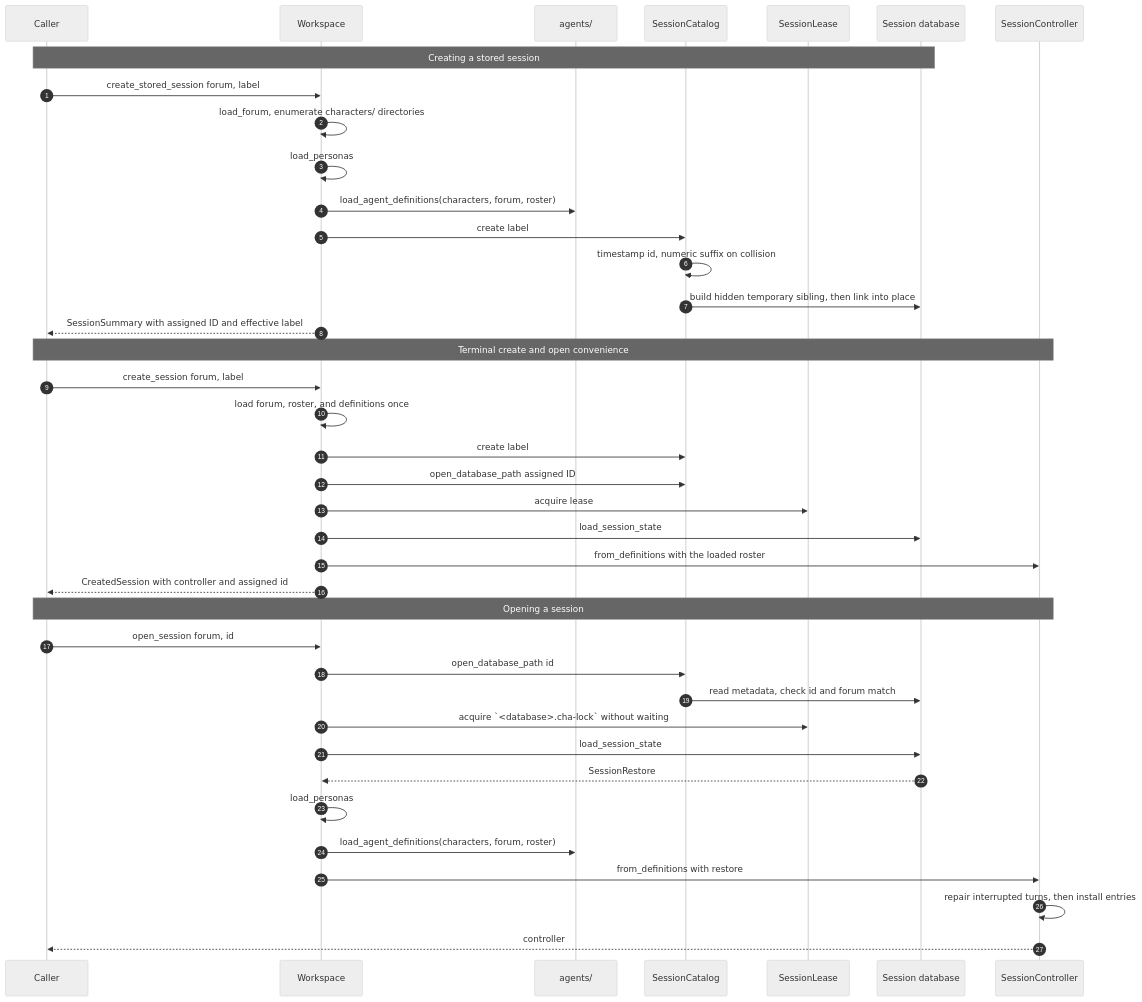
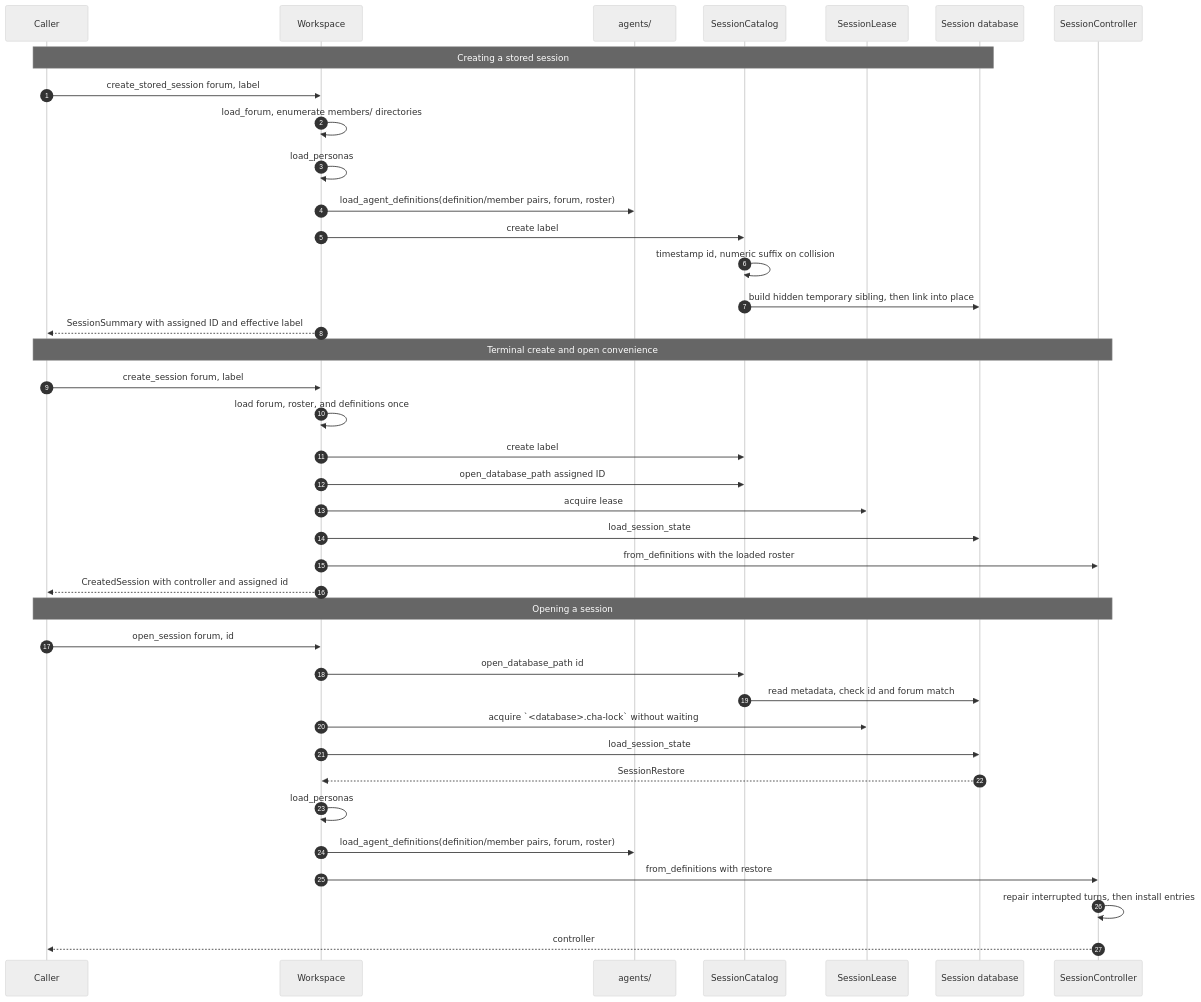
The second of 4 diagrams in src/session/README.md (michaelpopov/cha), drawn with Mermaid (neutral theme) before and after one commit. The commit also changed other lines of this file and 42 other files, not shown here.

First line of the commit message:
Block 2: workspace-level definitions and forum membership

````diff
--- a/src/session/README.md
+++ b/src/session/README.md
@@ -95,44 +96,44 @@
 ```mermaid
 sequenceDiagram
     autonumber
     participant UI as Caller
     participant WS as Workspace
     participant AG as agents/
     participant SC as SessionCatalog
     participant SL as SessionLease
     participant DB as Session database
     participant CC as SessionController
 
     Note over UI,DB: Creating a stored session
     UI->>WS: create_stored_session forum, label
-    WS->>WS: load_forum, enumerate characters/ directories
+    WS->>WS: load_forum, enumerate members/ directories
     WS->>WS: load_personas
-    WS->>AG: load_agent_definitions(characters, forum, roster)
+    WS->>AG: load_agent_definitions(definition/member pairs, forum, roster)
     WS->>SC: create label
     SC->>SC: timestamp id, numeric suffix on collision
     SC->>DB: build hidden temporary sibling, then link into place
     WS-->>UI: SessionSummary with assigned ID and effective label
 
     Note over UI,CC: Terminal create and open convenience
     UI->>WS: create_session forum, label
     WS->>WS: load forum, roster, and definitions once
     WS->>SC: create label
     WS->>SC: open_database_path assigned ID
     WS->>SL: acquire lease
     WS->>DB: load_session_state
     WS->>CC: from_definitions with the loaded roster
     WS-->>UI: CreatedSession with controller and assigned id
 
     Note over UI,CC: Opening a session
     UI->>WS: open_session forum, id
     WS->>SC: open_database_path id
     SC->>DB: read metadata, check id and forum match
     WS->>SL: acquire `<database>.cha-lock` without waiting
     WS->>DB: load_session_state
     DB-->>WS: SessionRestore
     WS->>WS: load_personas
-    WS->>AG: load_agent_definitions(characters, forum, roster)
+    WS->>AG: load_agent_definitions(definition/member pairs, forum, roster)
     WS->>CC: from_definitions with restore
     CC->>CC: repair interrupted turns, then install entries
     CC-->>UI: controller
 ```
````
